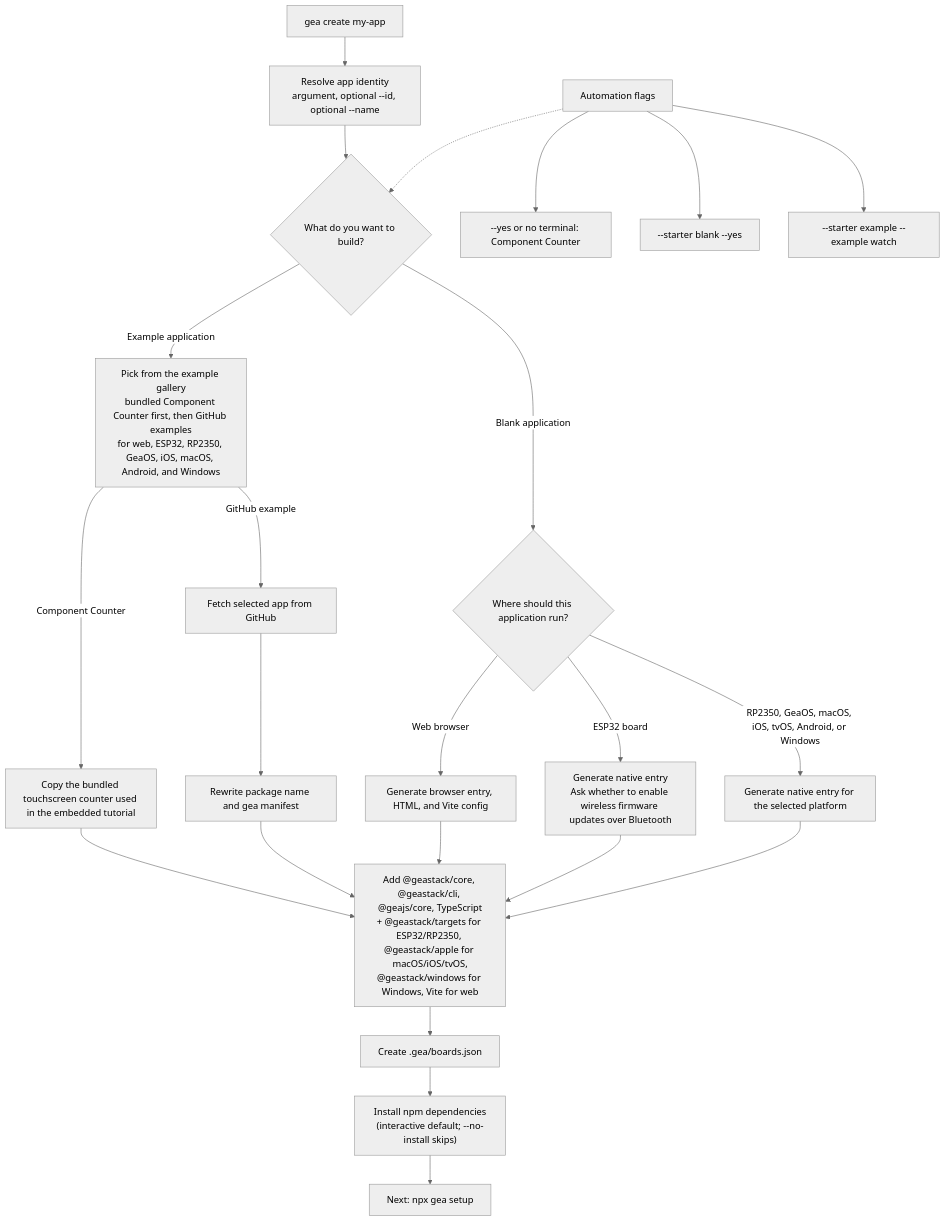
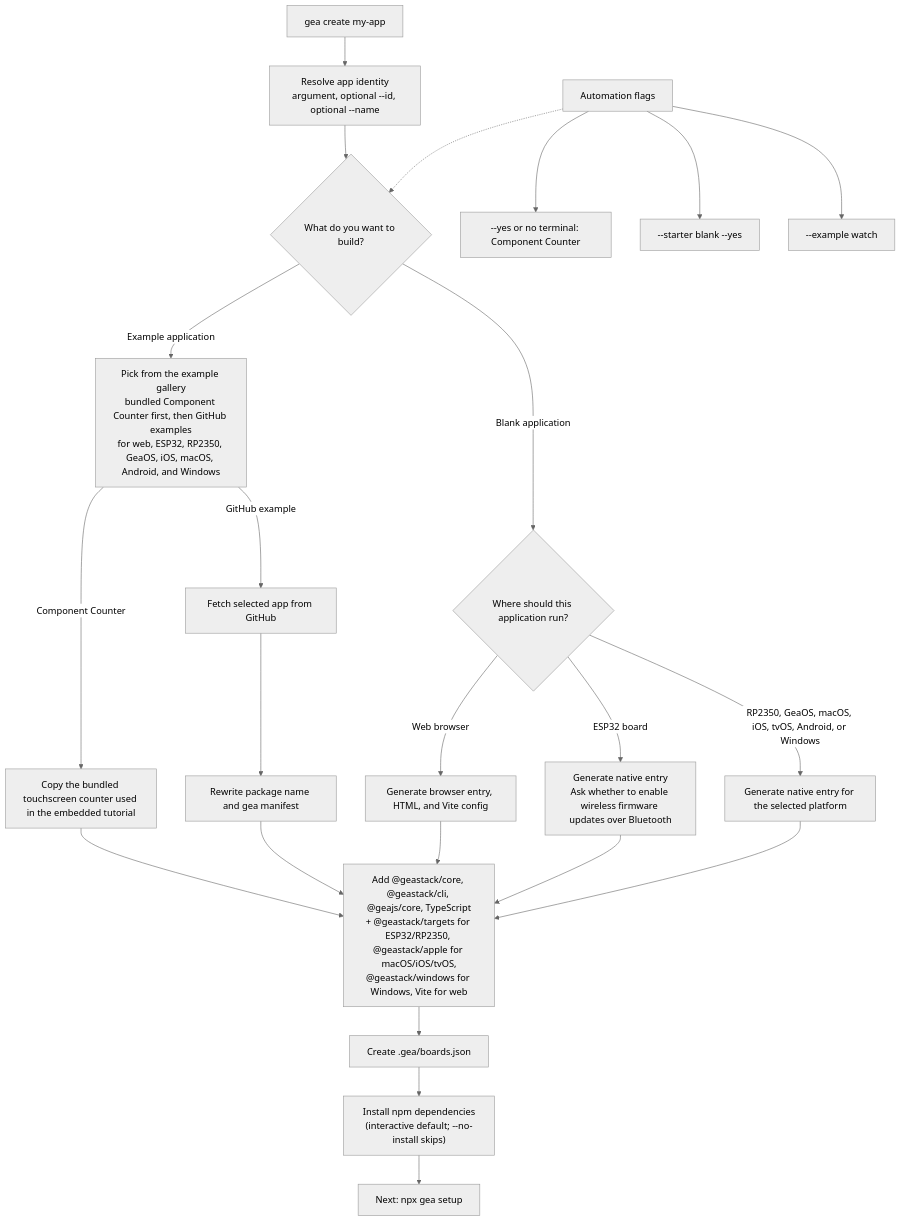
One commit to geastack/cli changed the first of 2 diagrams in README.md. Above: the diagram before and after it, drawn with Mermaid (neutral theme). The commit also changed 4 other files, not shown here.

First line of the commit message:
create-geastack: --example <id> picks the example starter on its own

````diff
--- a/README.md
+++ b/README.md
@@ -32,29 +32,29 @@
 ```mermaid
 flowchart TD
   create["gea create my-app"] --> identity["Resolve app identity<br/>argument, optional --id, optional --name"]
   identity --> starter{"What do you want to build?"}
 
   starter -->|"Blank application"| emptyTarget{"Where should this application run?"}
   emptyTarget -->|"Web browser"| emptyWeb["Generate browser entry, HTML, and Vite config"]
   emptyTarget -->|"ESP32 board"| emptyEsp["Generate native entry<br/>Ask whether to enable wireless firmware updates over Bluetooth"]
   emptyTarget -->|"RP2350, GeaOS, macOS, iOS, tvOS, Android, or Windows"| emptyNative["Generate native entry for the selected platform"]
 
   starter -->|"Example application"| pickExample["Pick from the example gallery<br/>bundled Component Counter first, then GitHub examples<br/>for web, ESP32, RP2350, GeaOS, iOS, macOS, Android, and Windows"]
   pickExample -->|"Component Counter"| counter["Copy the bundled touchscreen counter used in the embedded tutorial"]
   pickExample -->|"GitHub example"| fetchExample["Fetch selected app from GitHub"]
   fetchExample --> rewriteExample["Rewrite package name and gea manifest"]
 
   counter --> projectWiring["Add @geastack/core, @geastack/cli, @geajs/core, TypeScript<br/>+ @geastack/targets for ESP32/RP2350, @geastack/apple for macOS/iOS/tvOS,<br/>@geastack/windows for Windows, Vite for web"]
   rewriteExample --> projectWiring
   emptyWeb --> projectWiring
   emptyEsp --> projectWiring
   emptyNative --> projectWiring
   projectWiring --> boardConfig["Create .gea/boards.json"]
   boardConfig --> install["Install npm dependencies<br/>(interactive default; --no-install skips)"]
   install --> setup["Next: npx gea setup"]
 
   auto["Automation flags"] -.-> starter
   auto --> autoCounter["--yes or no terminal: Component Counter"]
   auto --> autoEmpty["--starter blank --yes"]
-  auto --> autoExample["--starter example --example watch"]
+  auto --> autoExample["--example watch"]
 ```
````
